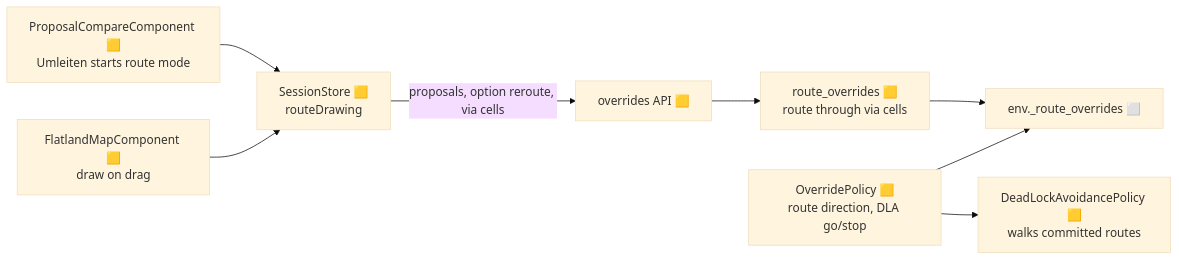
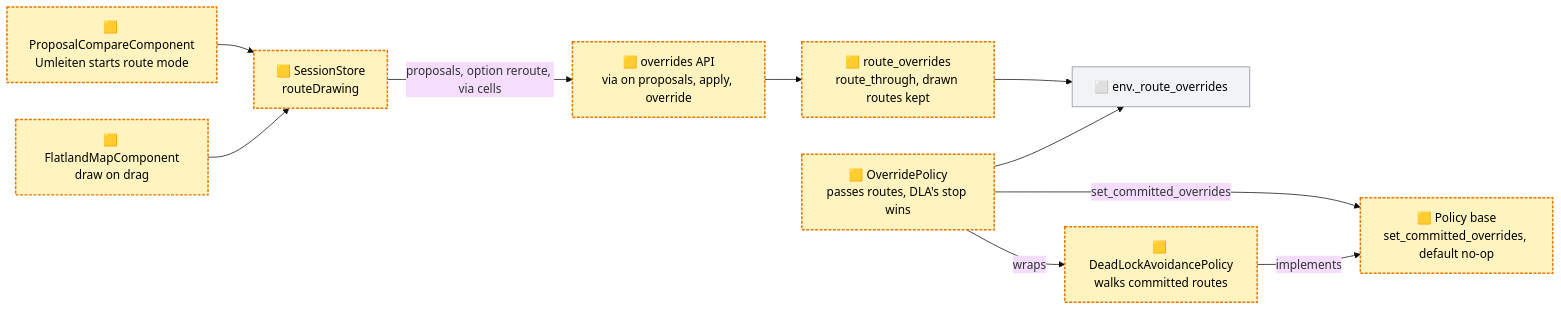
One commit to flatland-association/flatland-ui-hub changed the first of 18 diagrams in docs/plans/set-route-on-map.md. Above: the diagram before and after it, drawn with Mermaid (base theme). The commit also changed other lines of this file, not shown here.

Commit message:
docs(plans): decide Q-11 to Q-13, describe the driver interfaces, #208's kept overrides and ROAM, and plan S-6.

````diff
--- a/docs/plans/set-route-on-map.md
+++ b/docs/plans/set-route-on-map.md
@@ -337,10 +346,21 @@
 ```mermaid
 flowchart LR
-    PC["ProposalCompareComponent 🟨<br/>Umleiten starts route mode"] --> ST["SessionStore 🟨<br/>routeDrawing"]
-    MAP["FlatlandMapComponent 🟨<br/>draw on drag"] --> ST
-    ST -- "proposals, option reroute, via cells" --> API["overrides API 🟨"]
-    API --> RO["route_overrides 🟨<br/>route through via cells"]
-    RO --> ENV["env._route_overrides ⬜"]
-    OP["OverridePolicy 🟨<br/>route direction, DLA go/stop"] --> ENV
-    OP --> DLA["DeadLockAvoidancePolicy 🟨<br/>walks committed routes"]
+    PC["🟨 ProposalCompareComponent<br/>Umleiten starts route mode"] --> ST["🟨 SessionStore<br/>routeDrawing"]
+    MAP["🟨 FlatlandMapComponent<br/>draw on drag"] --> ST
+    ST -- "proposals, option reroute, via cells" --> API["🟨 overrides API<br/>via on proposals, apply, override"]
+    API --> RO["🟨 route_overrides<br/>route_through, drawn routes kept"]
+    RO --> ENV["⬜ env._route_overrides"]
+    OP["🟨 OverridePolicy<br/>passes routes, DLA's stop wins"] --> ENV
+    OP -- "set_committed_overrides" --> POL["🟨 Policy base<br/>set_committed_overrides, default no-op"]
+    DLA["🟨 DeadLockAvoidancePolicy<br/>walks committed routes"] -- "implements" --> POL
+    OP -- "wraps" --> DLA
+    style PC fill:#fff3bf,stroke:#e67700,stroke-width:2px,stroke-dasharray:4 2,color:#000
+    style ST fill:#fff3bf,stroke:#e67700,stroke-width:2px,stroke-dasharray:4 2,color:#000
+    style MAP fill:#fff3bf,stroke:#e67700,stroke-width:2px,stroke-dasharray:4 2,color:#000
+    style API fill:#fff3bf,stroke:#e67700,stroke-width:2px,stroke-dasharray:4 2,color:#000
+    style RO fill:#fff3bf,stroke:#e67700,stroke-width:2px,stroke-dasharray:4 2,color:#000
+    style ENV fill:#f1f3f5,stroke:#868e96,color:#000
+    style OP fill:#fff3bf,stroke:#e67700,stroke-width:2px,stroke-dasharray:4 2,color:#000
+    style POL fill:#fff3bf,stroke:#e67700,stroke-width:2px,stroke-dasharray:4 2,color:#000
+    style DLA fill:#fff3bf,stroke:#e67700,stroke-width:2px,stroke-dasharray:4 2,color:#000
 ```
````
